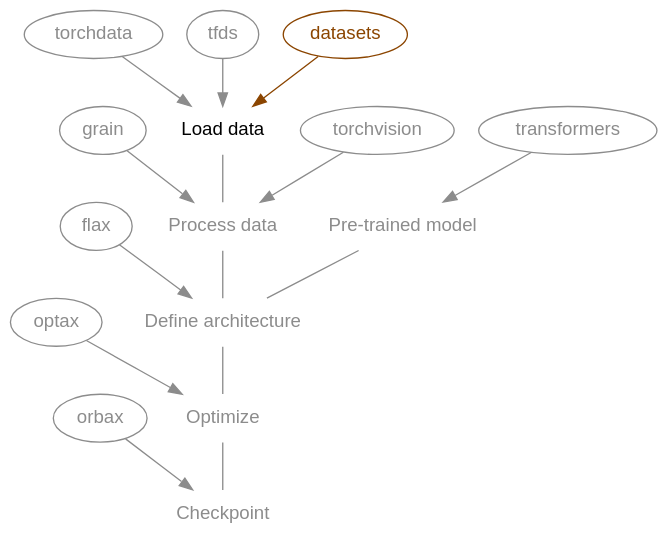
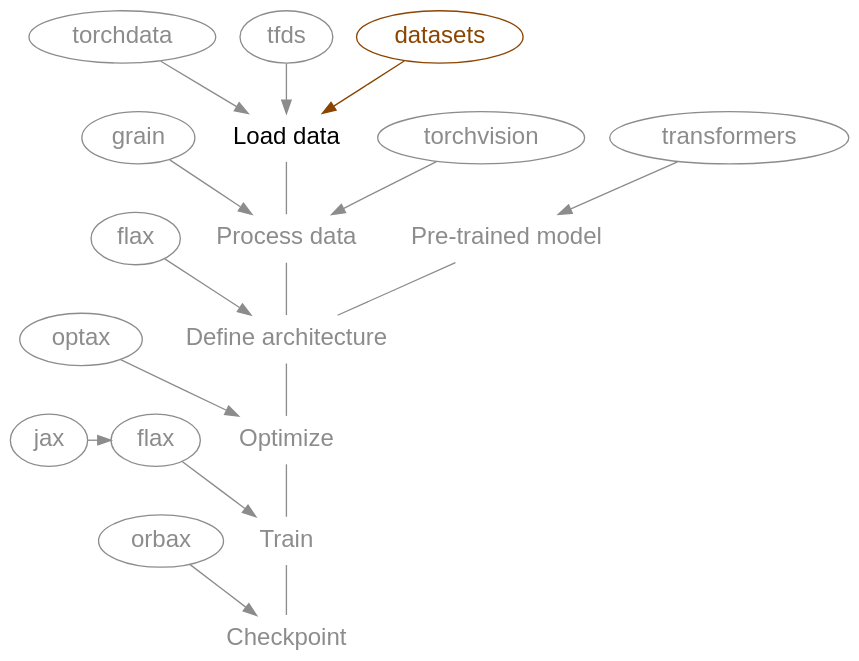
Before and after one commit to WestDRI/arc-training: the diagram in ai/jxai/fl_data.qmd, drawn with Graphviz. The commit also changed 2 other files, not shown here.

Commit message:
add training in the modular series of graph in the course

````diff
--- a/ai/jxai/fl_data.qmd
+++ b/ai/jxai/fl_data.qmd
@@ -23,51 +23,59 @@
 ```{dot}
 //| echo: false
 //| fig-width: 700px
 
 digraph {
 
 bgcolor="transparent"
-node [fontname="Inconsolata, sans-serif", color=gray55]
+node [fontname="Inconsolata, sans-serif", color=gray55, fontsize="18pt"]
 edge [color=gray55]
 
 load [label="Load data", shape=plaintext, group=g1]
 proc [label="Process data", shape=plaintext, group=g1, fontcolor=gray55]
 nn [label="Define architecture", shape=plaintext, group=g1, fontcolor=gray55]
 pretr [label="Pre-trained model", shape=plaintext, group=g1, fontcolor=gray55]
 opt [label="Optimize", shape=plaintext, group=g1, fontcolor=gray55]
+train [label="Train", shape=plaintext, group=g1, fontcolor=gray55]
 cp [label="Checkpoint", shape=plaintext, group=g1, fontcolor=gray55]
 
 pt [label=torchdata, fontcolor=gray55, color=gray55]
 tfds [label=tfds, group=g2, fontcolor=gray55, color=gray55]
 dt [label=datasets, fontcolor=darkorange4, color=darkorange4]
 
 gr [label=grain, fontcolor=gray55, color=gray55]
 tv [label=torchvision, fontcolor=gray55, color=gray55]
 
 tr [label=transformers, fontcolor=gray55, color=gray55]
 
-fl [label=flax, group=g2, fontcolor=gray55, color=gray55]
+fl1 [label=flax, group=g2, fontcolor=gray55, color=gray55]
+fl2 [label=flax, group=g2, fontcolor=gray55, color=gray55]
 
 oa [label=optax, group=g2, fontcolor=gray55, color=gray55]
 
+jx [label=jax, group=g2, fontcolor=gray55, color=gray55]
+
 ob [label=orbax, group=g2, fontcolor=gray55, color=gray55]
 
-{rank=same; gr load tv}
-gr -> load -> tv [style=invis]
+{rank=same; gr load tv tr}
+gr -> load -> tv -> tr [style=invis]
 
-{rank=same; fl proc pretr}
-fl -> proc -> pretr [style=invis]
+{rank=same; fl1 proc pretr}
+fl1 -> proc -> pretr [style=invis]
+
+{rank=same; jx fl2 opt}
+fl1 -> proc -> pretr [style=invis]
 
 {pt tfds} -> load [color=gray55]
 dt -> load [color=darkorange4]
 {gr tv} -> proc [color=gray55]
-fl -> nn [color=gray55]
+fl1 -> nn [color=gray55]
 pretr -> nn [dir=none]
 tr -> pretr [color=gray55]
 oa -> opt [color=gray55]
+jx -> fl2 -> train [color=gray55]
 ob -> cp [color=gray55]
 
-load -> proc -> nn -> opt -> cp [dir=none]
+load -> proc -> nn -> opt -> train -> cp [dir=none]
 
 }
 ```
````
